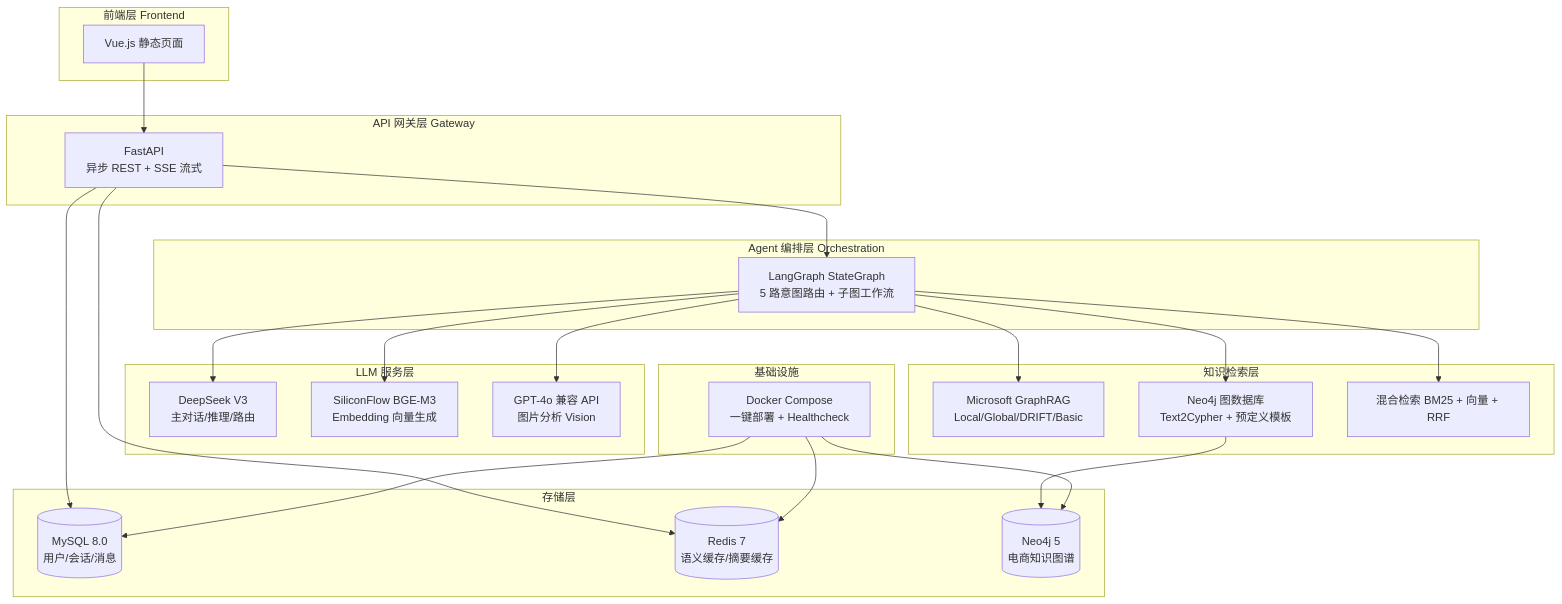
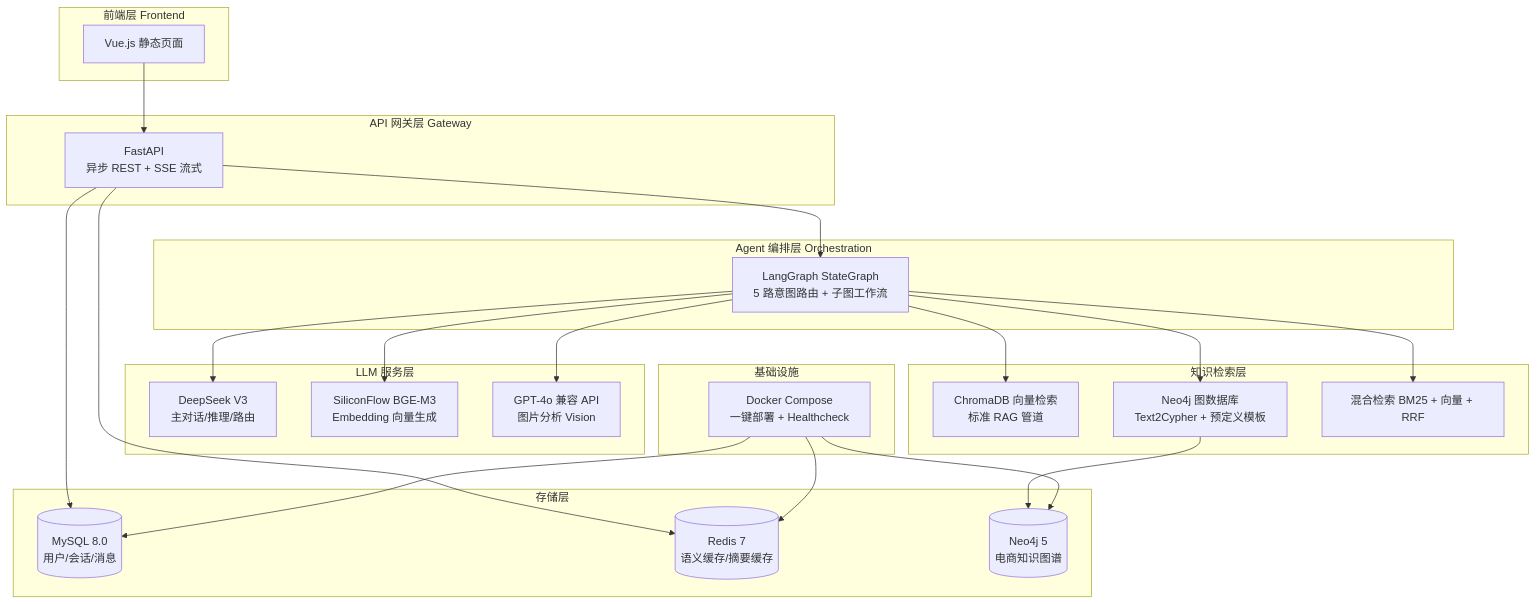
One commit to blowt16/SmartCS-Agent changed the first of 11 diagrams in docs/PROJECT_ANALYSIS.md. Above: the diagram before and after it, drawn with Mermaid. The commit also changed other lines of this file and 11 other files, not shown here.

Commit message:
[docs] 全面清理 GraphRAG 残留：README/学习文档/配置文件/脚本统一为标准 RAG（ChromaDB）描述，删除 fix_nb.py 与 docker-compose 无效挂载

````diff
--- a/docs/PROJECT_ANALYSIS.md
+++ b/docs/PROJECT_ANALYSIS.md
@@ -36,49 +36,49 @@
 ```mermaid
 graph TB
     subgraph "前端层 Frontend"
         A[Vue.js 静态页面]
     end
 
     subgraph "API 网关层 Gateway"
         B[FastAPI<br/>异步 REST + SSE 流式]
     end
 
     subgraph "Agent 编排层 Orchestration"
         C[LangGraph StateGraph<br/>5 路意图路由 + 子图工作流]
     end
 
     subgraph "LLM 服务层"
         D1[DeepSeek V3<br/>主对话/推理/路由]
         D2[SiliconFlow BGE-M3<br/>Embedding 向量生成]
         D3[GPT-4o 兼容 API<br/>图片分析 Vision]
     end
 
     subgraph "知识检索层"
-        E1[Microsoft GraphRAG<br/>Local/Global/DRIFT/Basic]
+        E1[ChromaDB 向量检索<br/>标准 RAG 管道]
         E2[Neo4j 图数据库<br/>Text2Cypher + 预定义模板]
         E3[混合检索 BM25 + 向量 + RRF]
     end
 
     subgraph "存储层"
         F1[(MySQL 8.0<br/>用户/会话/消息)]
         F2[(Redis 7<br/>语义缓存/摘要缓存)]
         F3[(Neo4j 5<br/>电商知识图谱)]
     end
 
     subgraph "基础设施"
         G[Docker Compose<br/>一键部署 + Healthcheck]
     end
 
     A --> B --> C --> D1
     C --> D2
     C --> D3
     C --> E1
     C --> E2
     C --> E3
     B --> F1
     B --> F2
     E2 --> F3
     G --> F1
     G --> F2
     G --> F3
 ```
````
